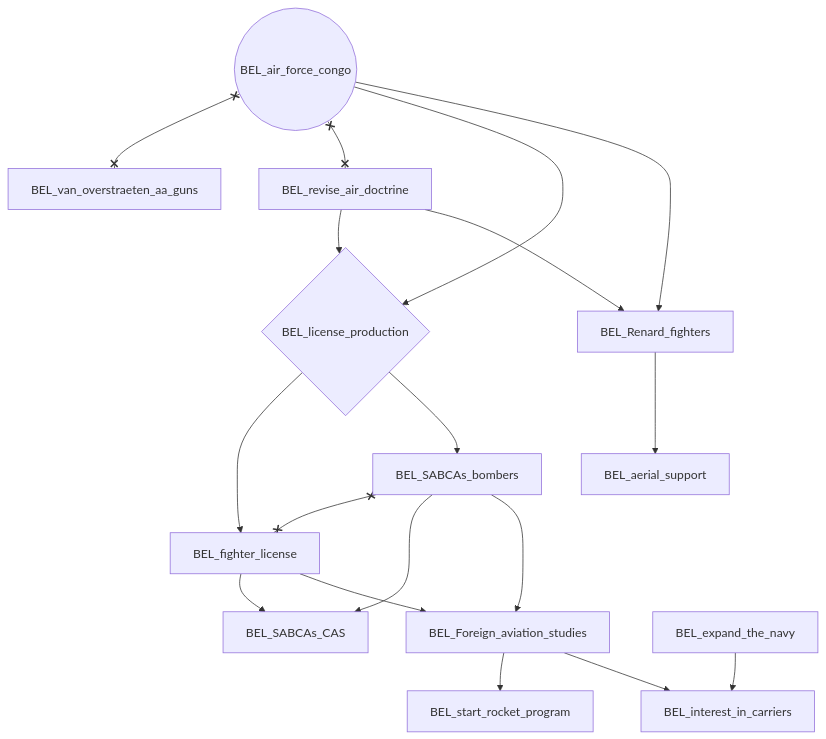
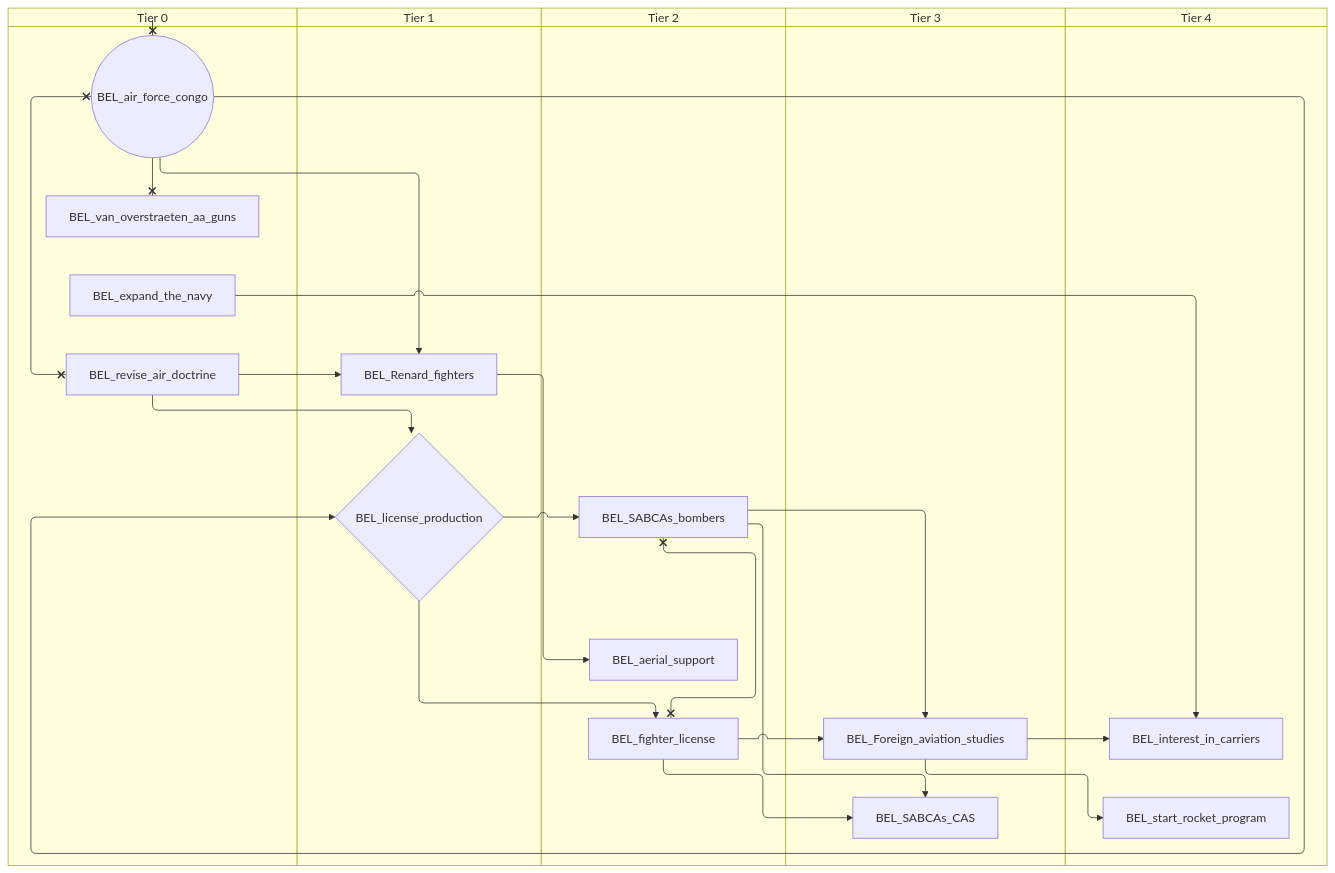
Before and after one commit to evgeny-sobol/hoi4-sandbox-mode-r56: the third of 13 diagrams in docs/gdd/National Focuses/r56/r56_belgium.md, drawn with Mermaid. The commit also changed other lines of this file and 423 other files, not shown here.

First line of the commit message:
Re-export Rt56 focus trees as swimlane diagrams

````diff
--- a/docs/gdd/National Focuses/r56/r56_belgium.md
+++ b/docs/gdd/National Focuses/r56/r56_belgium.md
@@ -116,33 +138,43 @@
 ```mermaid
-flowchart TD
-    n45["BEL_Foreign_aviation_studies"]
-    n46["BEL_Renard_fighters"]
-    n47["BEL_SABCAs_CAS"]
-    n48["BEL_SABCAs_bombers"]
-    n49["BEL_aerial_support"]
-    n50(("BEL_air_force_congo"))
-    n51["BEL_expand_the_navy"]
-    n52["BEL_fighter_license"]
-    n53["BEL_interest_in_carriers"]
-    n54{"BEL_license_production"}
-    n55["BEL_revise_air_doctrine"]
-    n56["BEL_start_rocket_program"]
-    n44["BEL_van_overstraeten_aa_guns"]
-    n48 --> n45
-    n52 --> n45
-    n55 --> n46
-    n50 --> n46
-    n48 --> n47
-    n52 --> n47
-    n54 --> n48
-    n46 --> n49
-    n54 --> n52
-    n51 --> n53
-    n45 --> n53
-    n55 --> n54
+swimlane-beta TD
+    subgraph tier_0["Tier 0"]
+        n45(("BEL_air_force_congo"))
+        n46["BEL_expand_the_navy"]
+        n47["BEL_revise_air_doctrine"]
+        n18["BEL_van_overstraeten_aa_guns"]
+    end
+    subgraph tier_1["Tier 1"]
+        n48["BEL_Renard_fighters"]
+        n49{"BEL_license_production"}
+    end
+    subgraph tier_2["Tier 2"]
+        n50["BEL_SABCAs_bombers"]
+        n51["BEL_aerial_support"]
+        n52["BEL_fighter_license"]
+    end
+    subgraph tier_3["Tier 3"]
+        n53["BEL_Foreign_aviation_studies"]
+        n54["BEL_SABCAs_CAS"]
+    end
+    subgraph tier_4["Tier 4"]
+        n55["BEL_interest_in_carriers"]
+        n56["BEL_start_rocket_program"]
+    end
+    n50 --> n53
+    n52 --> n53
+    n47 --> n48
+    n45 --> n48
     n50 --> n54
-    n45 --> n56
-    n48 x--x n52
-    n50 x--x n55
-    n50 x--x n44
+    n52 --> n54
+    n49 --> n50
+    n48 --> n51
+    n49 --> n52
+    n46 --> n55
+    n53 --> n55
+    n47 --> n49
+    n45 --> n49
+    n53 --> n56
+    n50 x--x n52
+    n45 x--x n47
+    n45 x--x n18
 ```
````
